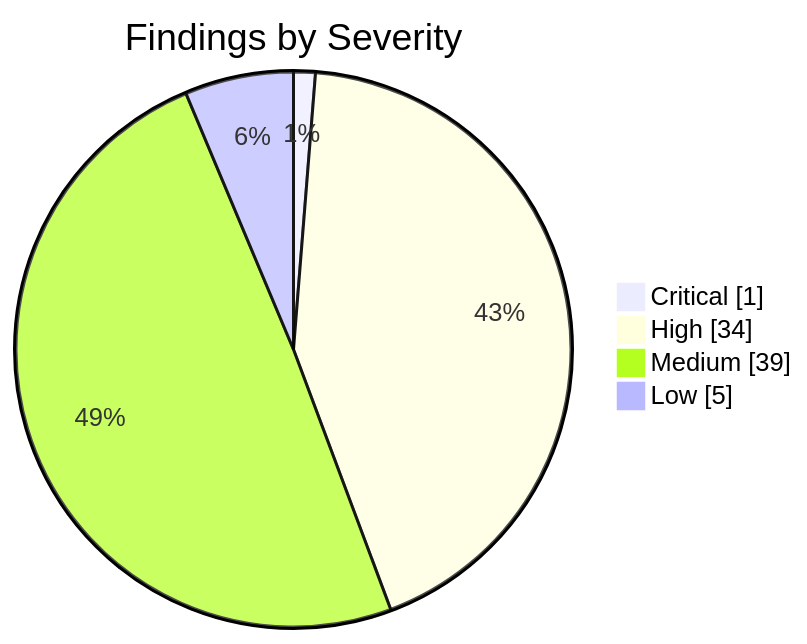
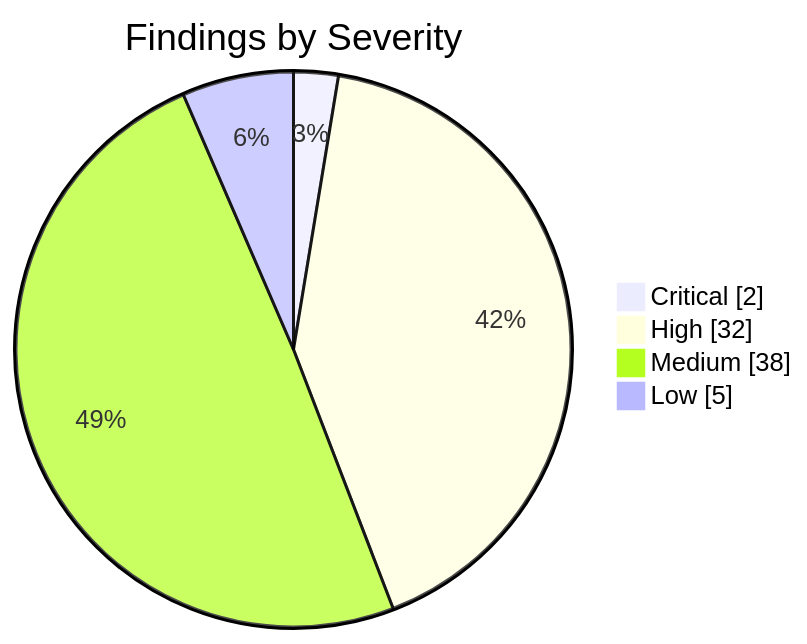
One commit to KBVE/kbve changed the first of 2 diagrams in apps/kbve/astro-kbve/src/content/docs/dashboard/security.mdx. Above: the diagram before and after it, drawn with Mermaid. The commit also changed other lines of this file and 8 other files, not shown here.

````diff
--- a/apps/kbve/astro-kbve/src/content/docs/dashboard/security.mdx
+++ b/apps/kbve/astro-kbve/src/content/docs/dashboard/security.mdx
@@ -62,8 +62,8 @@
 ```mermaid
 pie showData
     title Findings by Severity
-    "Critical" : 1
-    "High" : 34
-    "Medium" : 39
+    "Critical" : 2
+    "High" : 32
+    "Medium" : 38
     "Low" : 5
 ```
````
